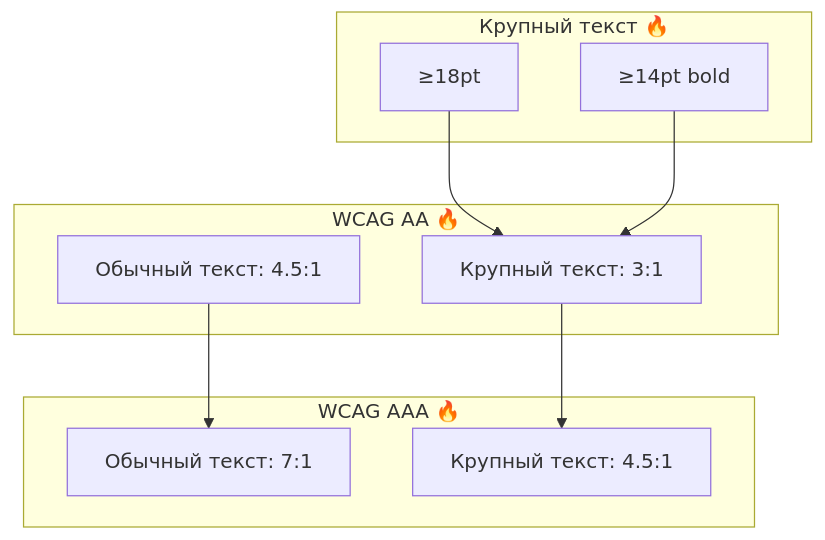
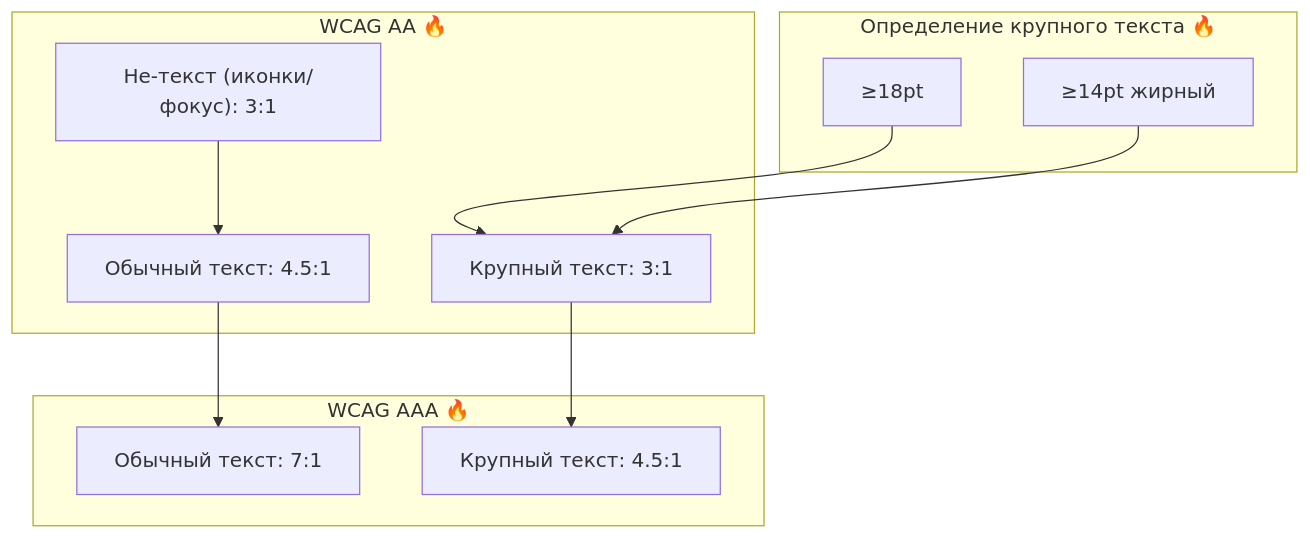
Before and after one commit to Kotrecon/faf-design-system: the first of 4 diagrams in packages/contrast/README.ru.md, drawn with Mermaid. The commit also changed other lines of this file and 17 other files, not shown here.

````diff
--- a/packages/contrast/README.ru.md
+++ b/packages/contrast/README.ru.md
@@ -37,19 +37,21 @@
 ```mermaid
 flowchart TD
     subgraph "WCAG AA 🔥"
         AA_N[Обычный текст: 4.5:1]
         AA_L[Крупный текст: 3:1]
+        AA_NT["Не-текст (иконки/фокус): 3:1"]
     end
     subgraph "WCAG AAA 🔥"
         AAA_N[Обычный текст: 7:1]
         AAA_L[Крупный текст: 4.5:1]
     end
-    subgraph "Крупный текст 🔥"
+    subgraph "Определение крупного текста 🔥"
         LT1[≥18pt]
-        LT2[≥14pt bold]
+        LT2[≥14pt жирный]
     end
     AA_N --> AAA_N
     AA_L --> AAA_L
+    AA_NT --> AA_N
     LT1 --> AA_L
     LT2 --> AA_L
 ```
````
